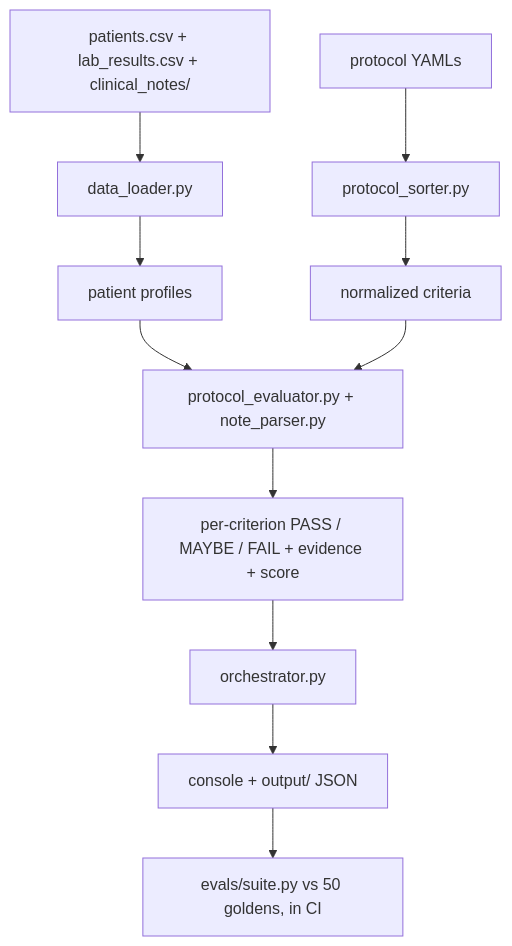
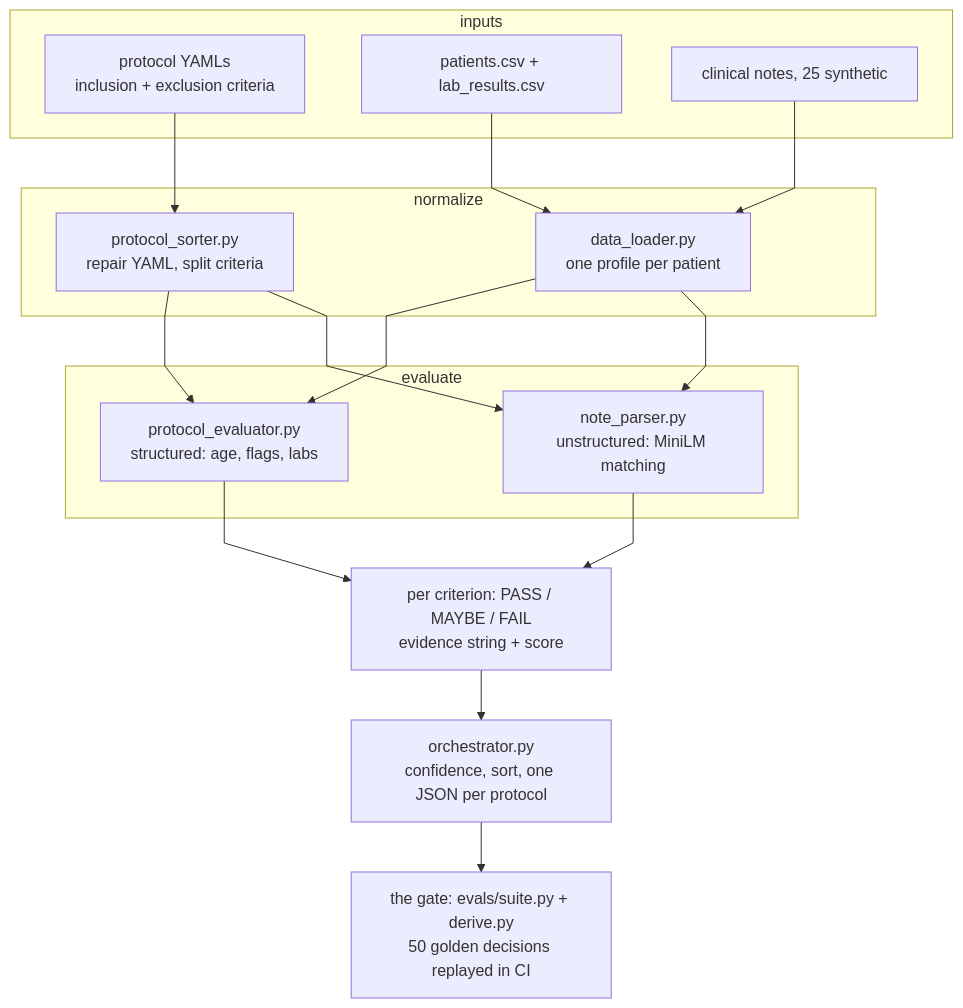
The diagram in README.md (jameswniu/nlp-clinical-trial-eligibility-screening), drawn with Mermaid before and after one commit. The commit also changed other lines of this file and 3 other files, not shown here.

Commit message:
Show the Mermaid architecture diagram inline, polished with lanes; trim the eval docstrings

````diff
--- a/README.md
+++ b/README.md
@@ -93,13 +86,32 @@
 ```mermaid
+%%{init: {"flowchart": {"htmlLabels": true, "curve": "linear"}, "themeVariables": {"fontSize": "16px"}}}%%
 flowchart TD
-    A[patients.csv + lab_results.csv + clinical_notes/] --> B[data_loader.py]
-    B --> C[patient profiles]
-    D[protocol YAMLs] --> E[protocol_sorter.py]
-    E --> F[normalized criteria]
-    C --> G[protocol_evaluator.py + note_parser.py]
-    F --> G
-    G --> H[per-criterion PASS / MAYBE / FAIL + evidence + score]
-    H --> I[orchestrator.py]
-    I --> J[console + output/ JSON]
-    J --> K[evals/suite.py vs 50 goldens, in CI]
+    subgraph IN [inputs]
+        P["protocol YAMLs<br/>inclusion + exclusion criteria"]
+        C["patients.csv + lab_results.csv"]
+        N["clinical notes, 25 synthetic"]
+    end
+    subgraph NORM [normalize]
+        S["protocol_sorter.py<br/>repair YAML, split criteria"]
+        L["data_loader.py<br/>one profile per patient"]
+    end
+    subgraph EVAL [evaluate]
+        E["protocol_evaluator.py<br/>structured: age, flags, labs"]
+        M["note_parser.py<br/>unstructured: MiniLM matching"]
+    end
+    V["per criterion: PASS / MAYBE / FAIL<br/>evidence string + score"]
+    O["orchestrator.py<br/>confidence, sort, one JSON per protocol"]
+    G["the gate: evals/suite.py + derive.py<br/>50 golden decisions replayed in CI"]
+
+    P --> S
+    C --> L
+    N --> L
+    S --> E
+    L --> E
+    L --> M
+    S --> M
+    E --> V
+    M --> V
+    V --> O
+    O --> G
 ```
````
